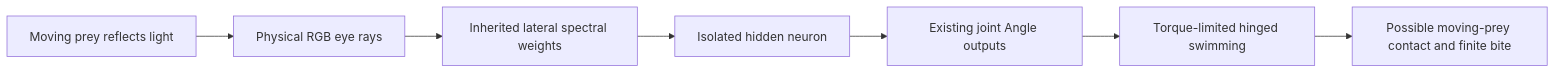
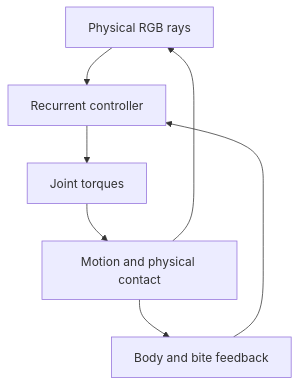
Before and after one commit to hernansgarro/vidAI: the diagram in docs/wiki/Sensory-Behavior.md, drawn with Mermaid. The commit also changed other lines of this file and 10 other files, not shown here.

````diff
--- a/docs/wiki/Sensory-Behavior.md
+++ b/docs/wiki/Sensory-Behavior.md
@@ -147,9 +7,9 @@
 ```mermaid
-flowchart LR
-  P[Moving prey reflects light] --> E[Physical RGB eye rays]
-  E --> F[Inherited lateral spectral weights]
-  F --> H[Isolated hidden neuron]
-  H --> M[Existing joint Angle outputs]
-  M --> T[Torque-limited hinged swimming]
-  T --> C[Possible moving-prey contact and finite bite]
+flowchart TD
+  V[Physical RGB rays] --> N[Recurrent controller]
+  I[Body and bite feedback] --> N
+  N --> J[Joint torques]
+  J --> P[Motion and physical contact]
+  P --> V
+  P --> I
 ```
````
